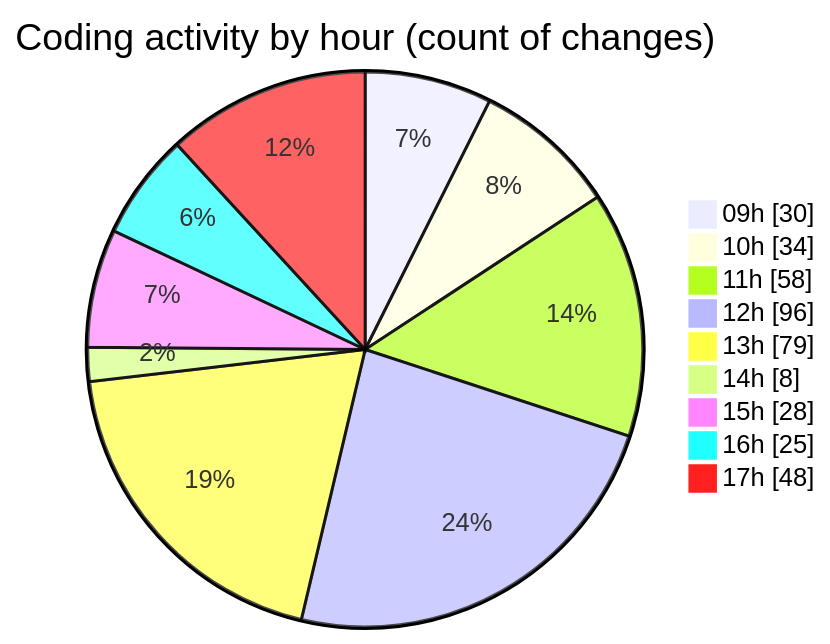
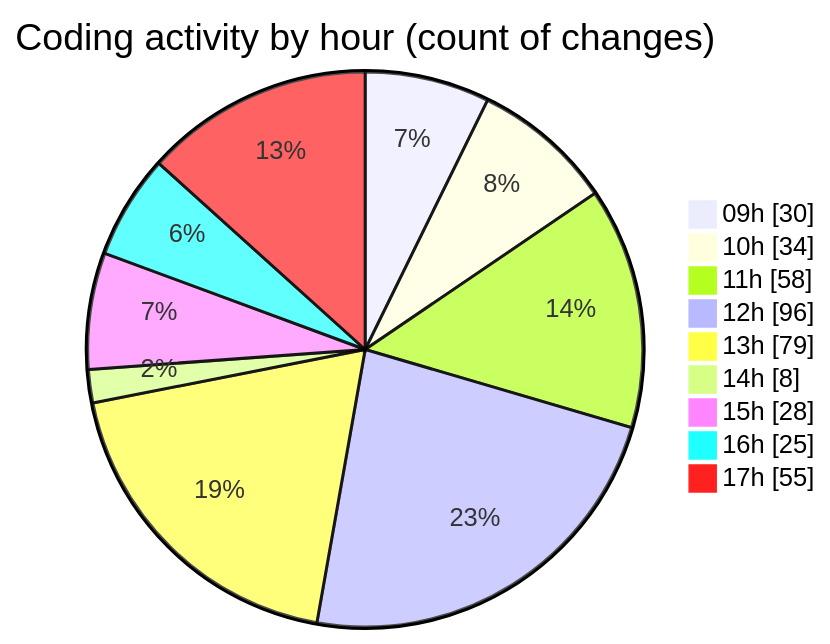
The second of 2 diagrams in 2025-04-02/cda/README.md (momahboobian/code-tracking), drawn with Mermaid before and after one commit. The commit also changed other lines of this file and 1 other file, not shown here.

````diff
--- a/2025-04-02/cda/README.md
+++ b/2025-04-02/cda/README.md
@@ -40,13 +40,13 @@
 ```mermaid
 pie showData
 title Coding activity by hour (count of changes)
 "09h" : 30
 "10h" : 34
 "11h" : 58
 "12h" : 96
 "13h" : 79
 "14h" : 8
 "15h" : 28
 "16h" : 25
-"17h" : 48
+"17h" : 55
 ```
````
